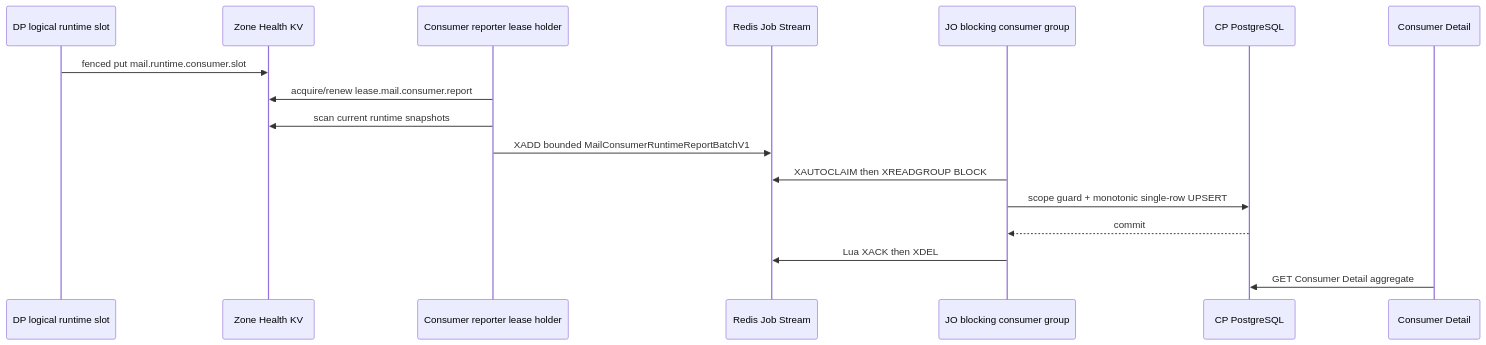
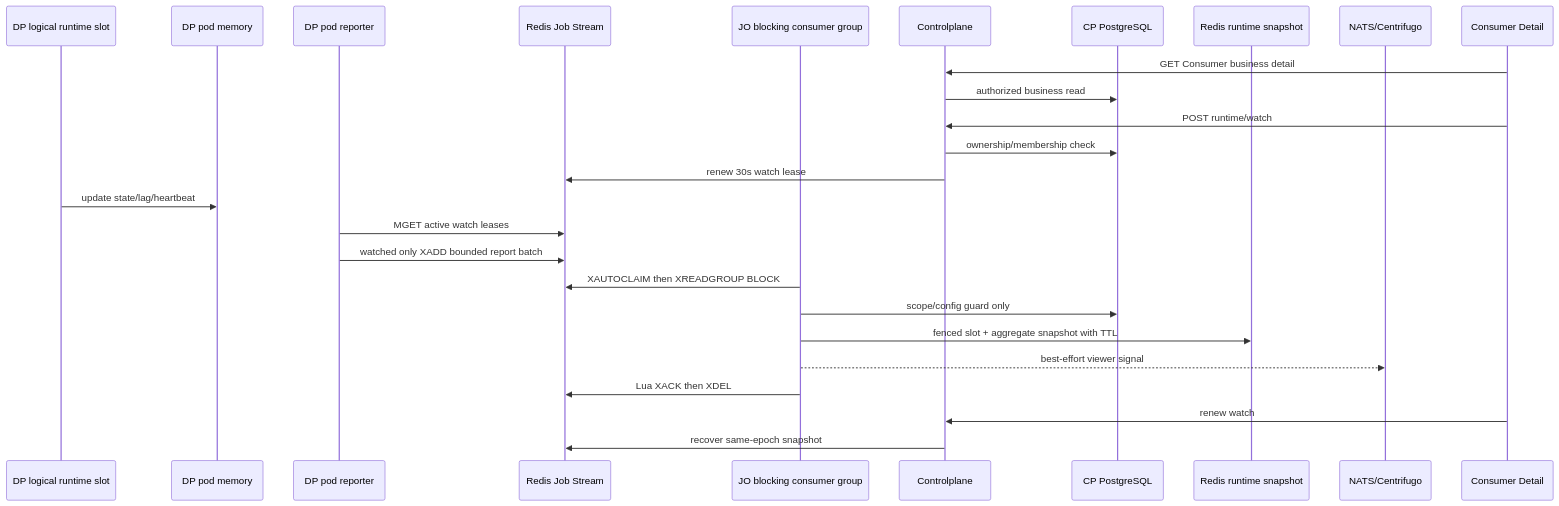
One commit to phucle996/aurora changed the fourth of 4 diagrams in god_view/mail/mail_configuration_projection_god_view.md. Above: the diagram before and after it, drawn with Mermaid. The commit also changed other lines of this file and 49 other files, not shown here.

Commit message:
refactor: migrate mail runtime health snapshots to local memory and decouple from centralized storage indices

````diff
--- a/god_view/mail/mail_configuration_projection_god_view.md
+++ b/god_view/mail/mail_configuration_projection_god_view.md
@@ -291,20 +291,29 @@
 ```mermaid
 sequenceDiagram
     participant Slot as DP logical runtime slot
-    participant KV as Zone Health KV
-    participant Relay as Consumer reporter lease holder
+    participant MEM as DP pod memory
+    participant Relay as DP pod reporter
     participant RJ as Redis Job Stream
     participant JO as JO blocking consumer group
+    participant CP as Controlplane
     participant DB as CP PostgreSQL
+    participant RT as Redis runtime snapshot
+    participant NS as NATS/Centrifugo
     participant UI as Consumer Detail
 
-    Slot->>KV: fenced put mail.runtime.consumer.slot
-    Relay->>KV: acquire/renew lease.mail.consumer.report
-    Relay->>KV: scan current runtime snapshots
-    Relay->>RJ: XADD bounded MailConsumerRuntimeReportBatchV1
+    UI->>CP: GET Consumer business detail
+    CP->>DB: authorized business read
+    UI->>CP: POST runtime/watch
+    CP->>DB: ownership/membership check
+    CP->>RJ: renew 30s watch lease
+    Slot->>MEM: update state/lag/heartbeat
+    Relay->>RJ: MGET active watch leases
+    Relay->>RJ: watched only XADD bounded report batch
     JO->>RJ: XAUTOCLAIM then XREADGROUP BLOCK
-    JO->>DB: scope guard + monotonic single-row UPSERT
-    DB-->>JO: commit
+    JO->>DB: scope/config guard only
+    JO->>RT: fenced slot + aggregate snapshot with TTL
+    JO-->>NS: best-effort viewer signal
     JO->>RJ: Lua XACK then XDEL
-    UI->>DB: GET Consumer Detail aggregate
+    UI->>CP: renew watch
+    CP->>RJ: recover same-epoch snapshot
 ```
````
